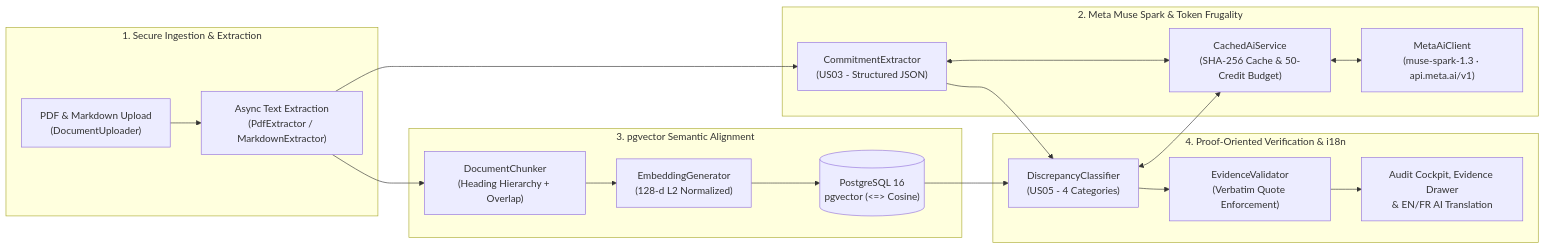
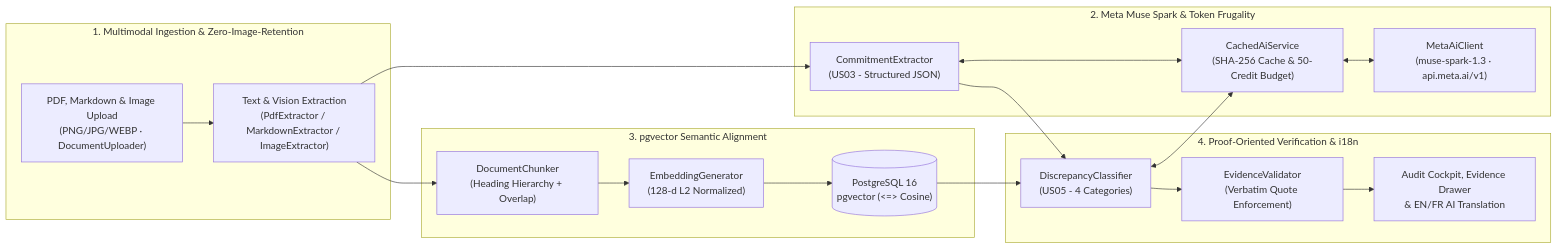
The diagram in README.md (Gw3nhael51/promiseGap), drawn with Mermaid before and after one commit. The commit also changed other lines of this file and 1 other file, not shown here.

Commit message:
docs(readme): document Muse Spark multimodal image ingestion and zero-image-retention

````diff
--- a/README.md
+++ b/README.md
@@ -62,26 +63,26 @@
 ```mermaid
 flowchart LR
-    subgraph Ingestion["1. Secure Ingestion & Extraction"]
-        U["PDF & Markdown Upload\n(DocumentUploader)"] --> E["Async Text Extraction\n(PdfExtractor / MarkdownExtractor)"]
+    subgraph Ingestion["1. Multimodal Ingestion & Zero-Image-Retention"]
+        U["PDF, Markdown & Image Upload\n(PNG/JPG/WEBP · DocumentUploader)"] --> E["Text & Vision Extraction\n(PdfExtractor / MarkdownExtractor / ImageExtractor)"]
     end
 
     subgraph AI["2. Meta Muse Spark & Token Frugality"]
         E --> CE["CommitmentExtractor\n(US03 - Structured JSON)"]
         CE <--> C["CachedAiService\n(SHA-256 Cache & 50-Credit Budget)"]
         C <--> M["MetaAiClient\n(muse-spark-1.3 · api.meta.ai/v1)"]
     end
 
     subgraph RAG["3. pgvector Semantic Alignment"]
         E --> DC["DocumentChunker\n(Heading Hierarchy + Overlap)"]
         DC --> EG["EmbeddingGenerator\n(128-d L2 Normalized)"]
         EG --> PG[("PostgreSQL 16\npgvector (<=> Cosine)")]
     end
 
     subgraph Qualification["4. Proof-Oriented Verification & i18n"]
         CE --> DQ["DiscrepancyClassifier\n(US05 - 4 Categories)"]
         PG --> DQ
         DQ <--> C
         DQ --> EV["EvidenceValidator\n(Verbatim Quote Enforcement)"]
         EV --> UI["Audit Cockpit, Evidence Drawer\n& EN/FR AI Translation"]
     end
 ```
````
